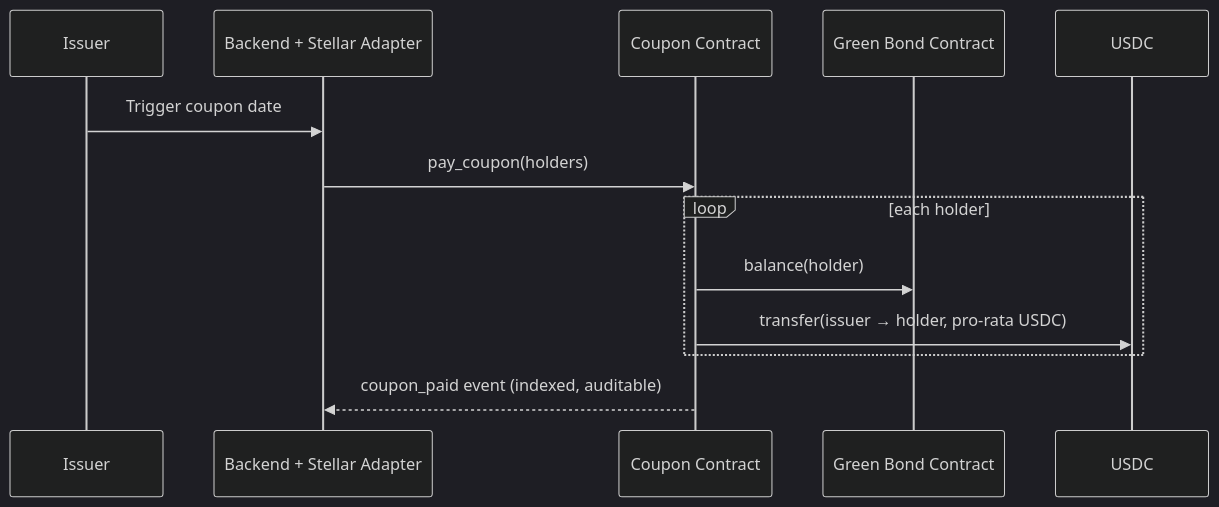
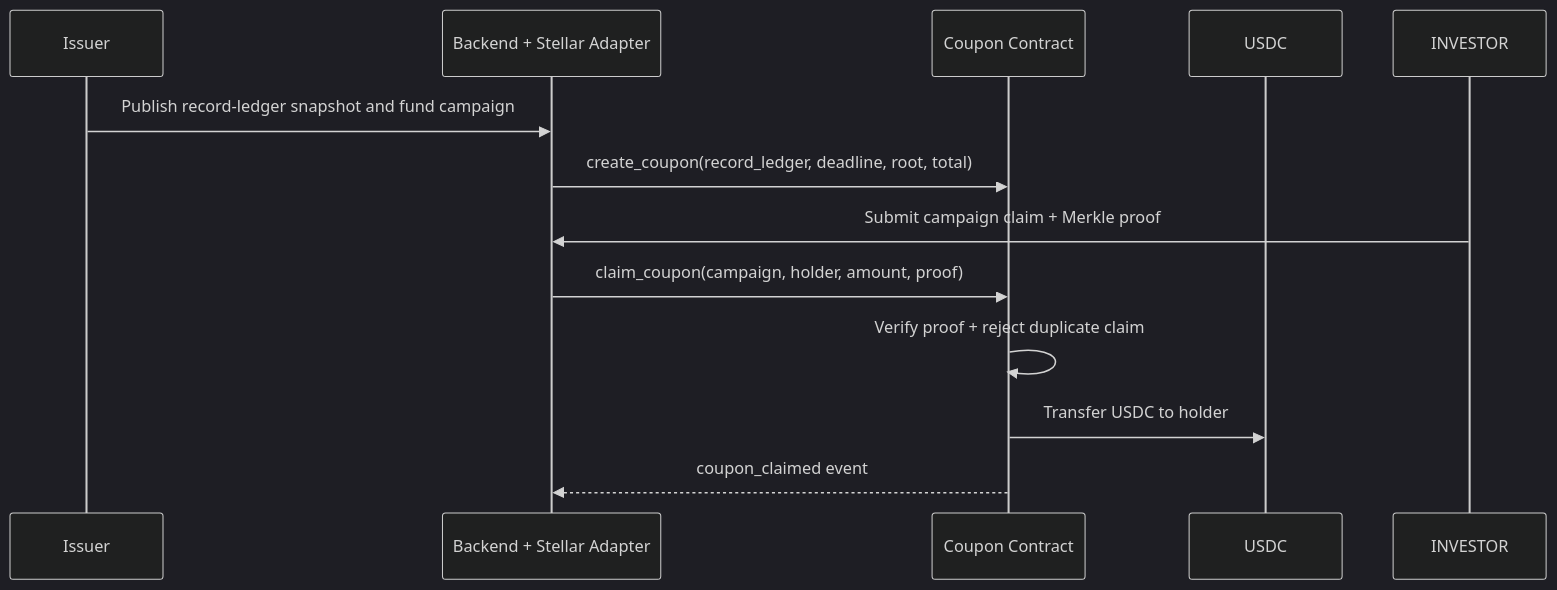
One commit to RenewableEnergyBond/soroban-green-bond changed the fourth of 4 diagrams in ARCHITECTURE.md. Above: the diagram before and after it, drawn with Mermaid (dark theme). The commit also changed other lines of this file and 1 other file, not shown here.

Commit message:
docs: document SEP-41, Merkle coupons, and threat model

````diff
--- a/ARCHITECTURE.md
+++ b/ARCHITECTURE.md
@@ -172,16 +189,15 @@
 ```mermaid
 sequenceDiagram
     participant I as Issuer
     participant B as Backend + Stellar Adapter
     participant CR as Coupon Contract
-    participant GB as Green Bond Contract
     participant U as USDC
 
-    I->>B: Trigger coupon date
-    B->>CR: pay_coupon(holders)
-    loop each holder
-        CR->>GB: balance(holder)
-        CR->>U: transfer(issuer → holder, pro-rata USDC)
-    end
-    CR-->>B: coupon_paid event (indexed, auditable)
+    I->>B: Publish record-ledger snapshot and fund campaign
+    B->>CR: create_coupon(record_ledger, deadline, root, total)
+    INVESTOR->>B: Submit campaign claim + Merkle proof
+    B->>CR: claim_coupon(campaign, holder, amount, proof)
+    CR->>CR: Verify proof + reject duplicate claim
+    CR->>U: Transfer USDC to holder
+    CR-->>B: coupon_claimed event
 ```
````
